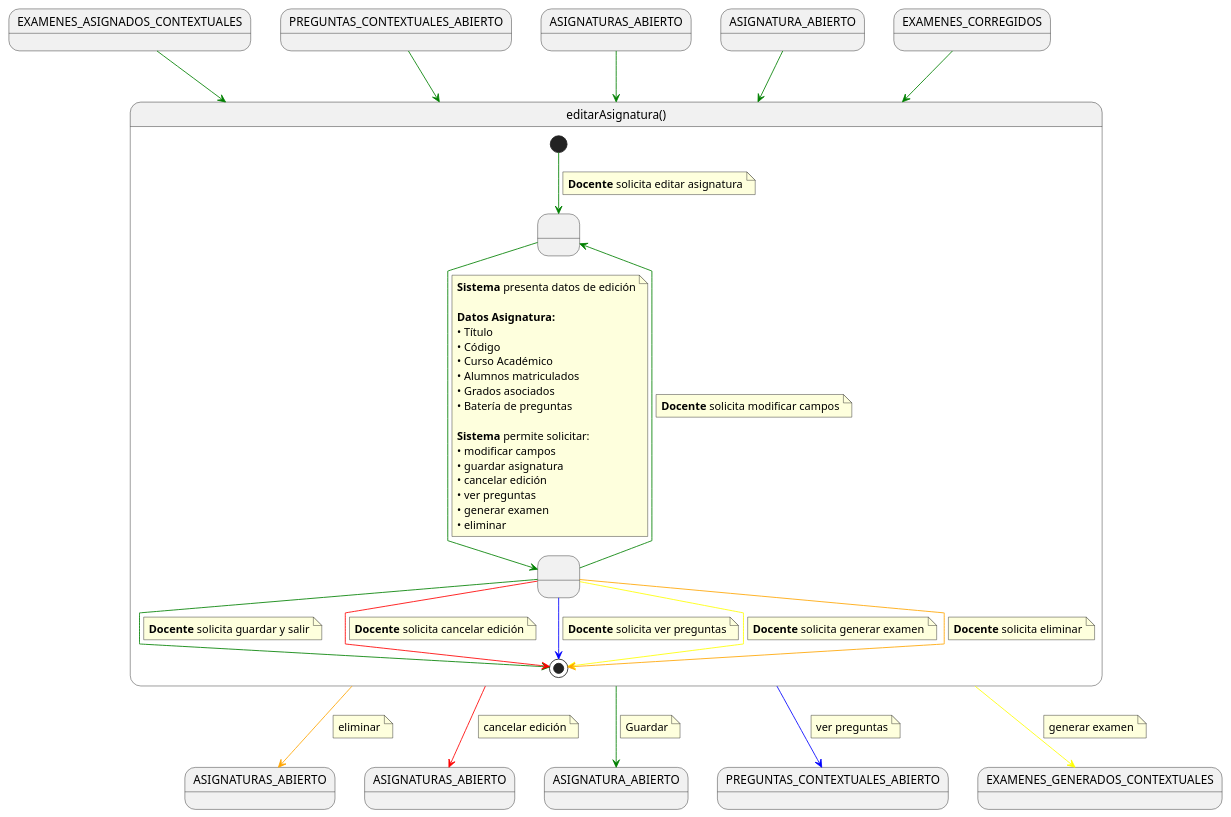
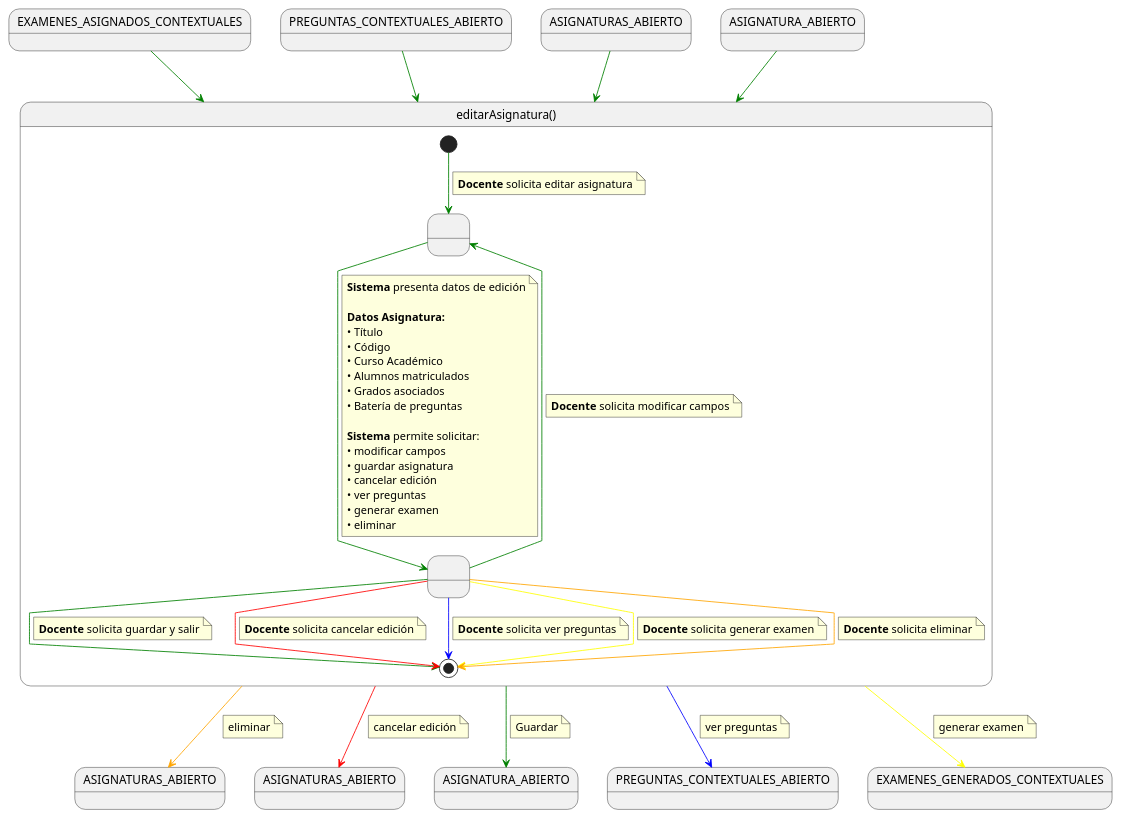
Before and after one commit to martinlopez7/25-26-IdSw1-SdR: the diagram in documents/casos-de-uso/detalladoCasosDeUso/editarAsignatura/editarAsignatura.puml, drawn with PlantUML. The commit also changed 25 other files, not shown here.

```diff
--- a/documents/casos-de-uso/detalladoCasosDeUso/editarAsignatura/editarAsignatura.puml
+++ b/documents/casos-de-uso/detalladoCasosDeUso/editarAsignatura/editarAsignatura.puml
@@ -1,111 +1,109 @@
 @startuml
 skinparam linetype polyline
 
 state EXAMENES_ASIGNADOS_CONTEXTUALES
 state PREGUNTAS_CONTEXTUALES_ABIERTO
 state ASIGNATURAS_ABIERTO
 state ASIGNATURAS_ABIERTO1 as "ASIGNATURAS_ABIERTO"
 state ASIGNATURA_ABIERTO
 state ASIGNATURAS_ABIERTO2 as "ASIGNATURAS_ABIERTO"
 state ASIGNATURA_ABIERTO2 as "ASIGNATURA_ABIERTO"
 state PREGUNTAS_CONTEXTUALES_ABIERTO1 as "PREGUNTAS_CONTEXTUALES_ABIERTO"
-state EXAMENES_CORREGIDOS as "EXAMENES_CORREGIDOS"
 
-EXAMENES_CORREGIDOS -[#green]-> editarAsignatura
 EXAMENES_ASIGNADOS_CONTEXTUALES -[#green]-> editarAsignatura
 PREGUNTAS_CONTEXTUALES_ABIERTO -[#green]-> editarAsignatura
 ASIGNATURAS_ABIERTO -[#green]-> editarAsignatura
 ASIGNATURA_ABIERTO -[#green]-> editarAsignatura
 
 state editarAsignatura as "editarAsignatura()" {
 
     state " " as EditandoDatos
     state " " as GuardandoDatos 
 
     [*] -[#green]-> EditandoDatos 
     note on link
     <b>Docente</b> solicita editar asignatura
     end note    
     
     EditandoDatos -[#green]-> GuardandoDatos
     note on link
     <b>Sistema</b> presenta datos de edición
 
     <b>Datos Asignatura:</b>
     • Título
     • Código
     • Curso Académico
     • Alumnos matriculados
     • Grados asociados
     • Batería de preguntas
     
     <b>Sistema</b> permite solicitar:
     • modificar campos
     • guardar asignatura
     • cancelar edición
     • ver preguntas
     • generar examen
     • eliminar
     end note
     
     GuardandoDatos -[#green]-> EditandoDatos
     note on link
     <b>Docente</b> solicita modificar campos
     end note
     
     GuardandoDatos -[#green]-> [*]
     note on link
     <b>Docente</b> solicita guardar y salir
     end note
 
     GuardandoDatos -[#red]-> [*]
     note on link
     <b>Docente</b> solicita cancelar edición
     end note
     
     GuardandoDatos -[#blue]-> [*]
     note on link
     <b>Docente</b> solicita ver preguntas
     end note
     
     GuardandoDatos -[#yellow]-> [*]
     note on link
     <b>Docente</b> solicita generar examen
     end note
     
     GuardandoDatos -[#orange]-> [*]
     note on link
     <b>Docente</b> solicita eliminar
     end note
 }
 
 editarAsignatura -[#green]-> ASIGNATURA_ABIERTO2
 note on link
 Guardar
 end note
 ' Nota: He mantenido la cancelación hacia la lista general, 
 ' pero si prefieres que al cancelar también vaya a ASIGNATURA_ABIERTO, 
 ' puedes cambiar el destino abajo.
 editarAsignatura -[#red]-> ASIGNATURAS_ABIERTO2
 note on link
 cancelar edición
 end note
 
 editarAsignatura -[#yellow]-> EXAMENES_GENERADOS_CONTEXTUALES
 note on link
 generar examen
 end note
 
 editarAsignatura -[#blue]-> PREGUNTAS_CONTEXTUALES_ABIERTO1
 note on link
 ver preguntas
 end note
 
 editarAsignatura -[#orange]-> ASIGNATURAS_ABIERTO1
 note on link
 eliminar
 end note
 
 
 
 @enduml
```
